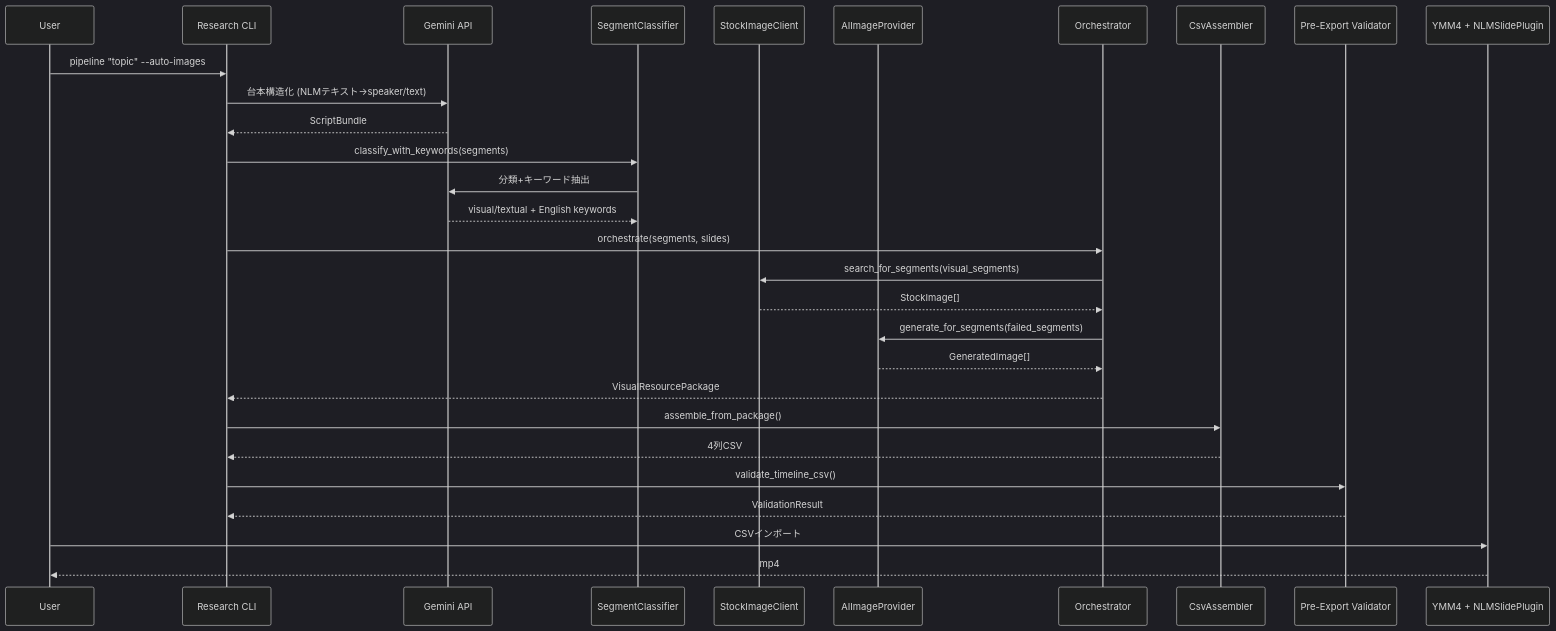
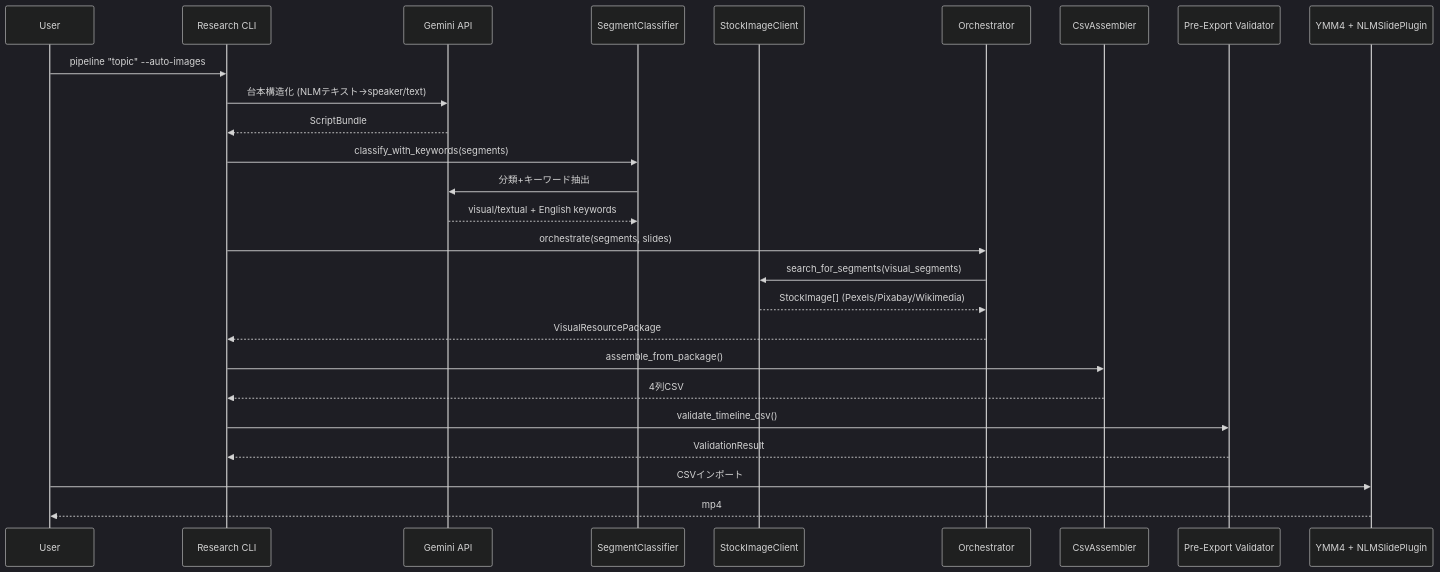
Before and after one commit to YuShimoji/NLMandSlideVideoGenerator: the third of 3 diagrams in docs/system_architecture.md, drawn with Mermaid (dark theme). The commit also changed other lines of this file and 23 other files, not shown here.

````diff
--- a/docs/system_architecture.md
+++ b/docs/system_architecture.md
@@ -172,32 +159,29 @@
 ```mermaid
 sequenceDiagram
     participant User
     participant CLI as Research CLI
     participant Gemini as Gemini API
     participant Classifier as SegmentClassifier
     participant Stock as StockImageClient
-    participant AI as AIImageProvider
     participant Orch as Orchestrator
     participant Asm as CsvAssembler
     participant Val as Pre-Export Validator
     participant YMM4 as YMM4 + NLMSlidePlugin
 
     User->>CLI: pipeline "topic" --auto-images
     CLI->>Gemini: 台本構造化 (NLMテキスト→speaker/text)
     Gemini-->>CLI: ScriptBundle
     CLI->>Classifier: classify_with_keywords(segments)
     Classifier->>Gemini: 分類+キーワード抽出
     Gemini-->>Classifier: visual/textual + English keywords
     CLI->>Orch: orchestrate(segments, slides)
     Orch->>Stock: search_for_segments(visual_segments)
-    Stock-->>Orch: StockImage[]
-    Orch->>AI: generate_for_segments(failed_segments)
-    AI-->>Orch: GeneratedImage[]
+    Stock-->>Orch: StockImage[] (Pexels/Pixabay/Wikimedia)
     Orch-->>CLI: VisualResourcePackage
     CLI->>Asm: assemble_from_package()
     Asm-->>CLI: 4列CSV
     CLI->>Val: validate_timeline_csv()
     Val-->>CLI: ValidationResult
     User->>YMM4: CSVインポート
     YMM4-->>User: mp4
 ```
````
